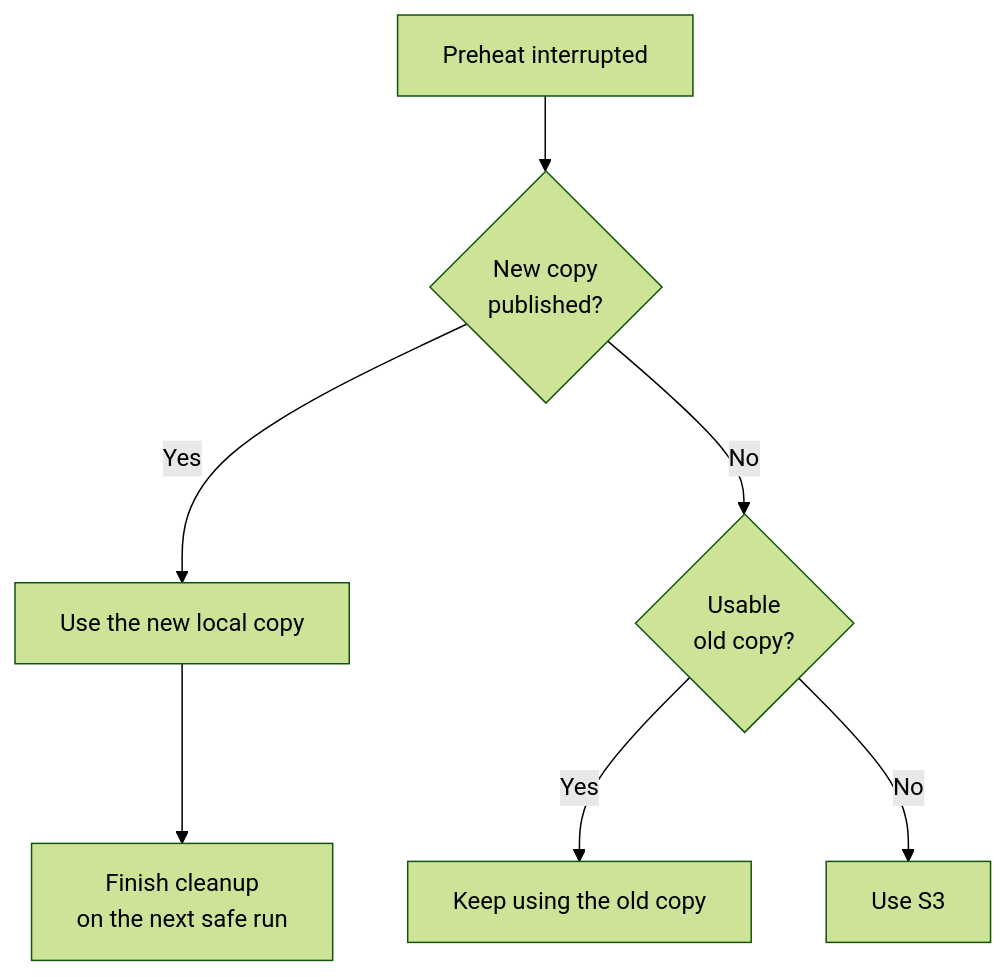
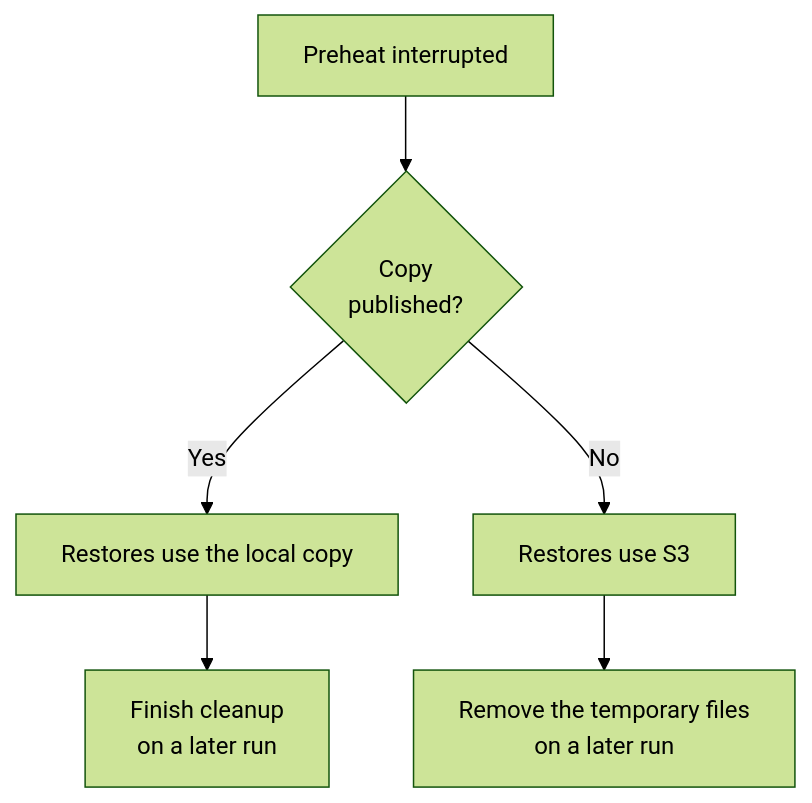
Before and after one commit to ai-dynamo/snapshot: the third of 5 diagrams in docs/design/644-node-cache/README.md, drawn with Mermaid (forest theme). The commit also changed other lines of this file, not shown here.

````diff
--- a/docs/design/644-node-cache/README.md
+++ b/docs/design/644-node-cache/README.md
@@ -315,9 +295,8 @@
 ```mermaid
 flowchart TD
-    A["Preheat interrupted"] --> B{"New copy<br/>published?"}
-    B -->|"Yes"| C["Use the new local copy"]
-    C --> D["Finish cleanup<br/>on the next safe run"]
-    B -->|"No"| E{"Usable<br/>old copy?"}
-    E -->|"Yes"| F["Keep using the old copy"]
-    E -->|"No"| G["Use S3"]
+    A["Preheat interrupted"] --> B{"Copy<br/>published?"}
+    B -->|"Yes"| C["Restores use the local copy"]
+    C --> D["Finish cleanup<br/>on a later run"]
+    B -->|"No"| E["Restores use S3"]
+    E --> F["Remove the temporary files<br/>on a later run"]
 ```
````
